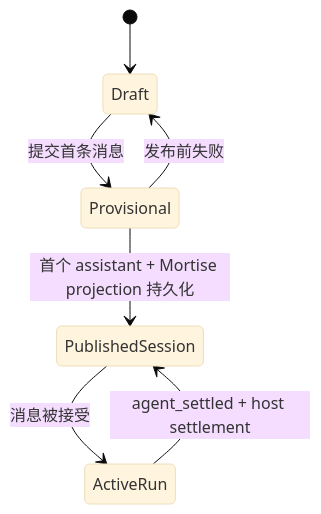
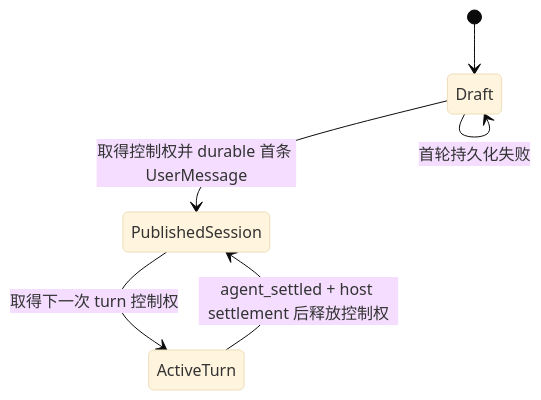
One commit to hrhgit/my-craft-agents-oss changed the second of 2 diagrams in docs/product-semantics.md. Above: the diagram before and after it, drawn with Mermaid (base theme). The commit also changed other lines of this file and 77 other files, not shown here.

Commit message:
feat(session): add durable turn control and project modules

````diff
--- a/docs/product-semantics.md
+++ b/docs/product-semantics.md
@@ -150,9 +149,8 @@
 ```mermaid
 stateDiagram-v2
     [*] --> Draft
-    Draft --> Provisional: 提交首条消息
-    Provisional --> PublishedSession: 首个 assistant + Mortise projection 持久化
-    Provisional --> Draft: 发布前失败
-    PublishedSession --> ActiveRun: 消息被接受
-    ActiveRun --> PublishedSession: agent_settled + host settlement
+    Draft --> PublishedSession: 取得控制权并 durable 首条 UserMessage
+    Draft --> Draft: 首轮持久化失败
+    PublishedSession --> ActiveTurn: 取得下一次 turn 控制权
+    ActiveTurn --> PublishedSession: agent_settled + host settlement 后释放控制权
 ```
````
